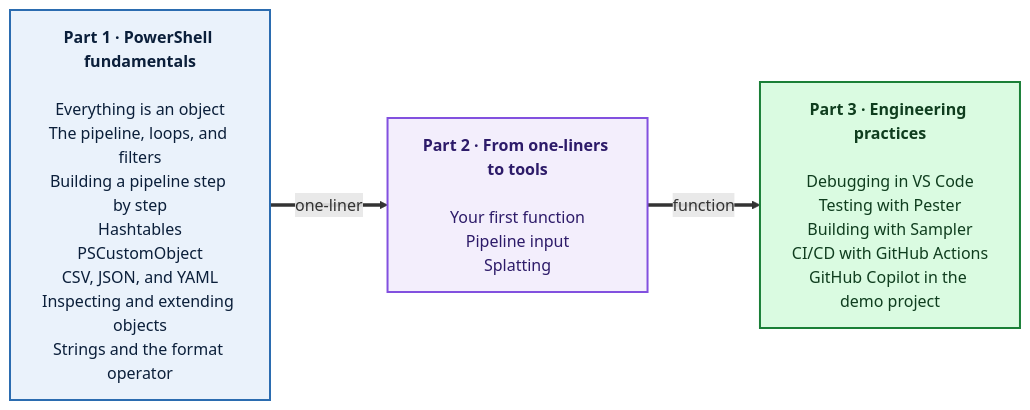
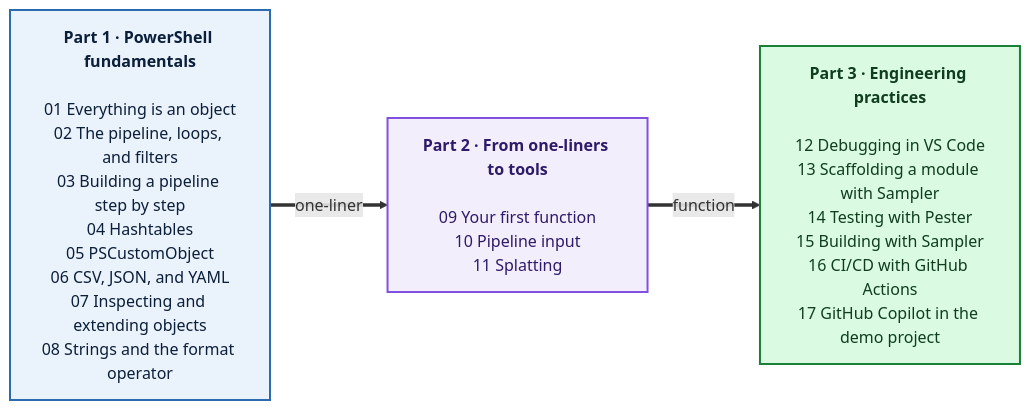
One commit to raandree/261116PowerShellGhcpWorkshop changed the diagram in assets/diagrams/workshop-journey.mmd. Above: the diagram before and after it, drawn with Mermaid. The commit also changed 37 other files, not shown here.

```diff
--- a/assets/diagrams/workshop-journey.mmd
+++ b/assets/diagrams/workshop-journey.mmd
@@ -1,15 +1,15 @@
 flowchart LR
-    P1["<b>Part 1 · PowerShell fundamentals</b><br/><br/>Everything is an object<br/>The pipeline, loops, and filters<br/>Building a pipeline step by step<br/>Hashtables<br/>PSCustomObject<br/>CSV, JSON, and YAML<br/>Inspecting and extending objects<br/>Strings and the format operator"]
-    P2["<b>Part 2 · From one-liners to tools</b><br/><br/>Your first function<br/>Pipeline input<br/>Splatting"]
-    P3["<b>Part 3 · Engineering practices</b><br/><br/>Debugging in VS Code<br/>Testing with Pester<br/>Building with Sampler<br/>CI/CD with GitHub Actions<br/>GitHub Copilot in the demo project"]
+    P1["<b>Part 1 · PowerShell fundamentals</b><br/><br/>01 Everything is an object<br/>02 The pipeline, loops, and filters<br/>03 Building a pipeline step by step<br/>04 Hashtables<br/>05 PSCustomObject<br/>06 CSV, JSON, and YAML<br/>07 Inspecting and extending objects<br/>08 Strings and the format operator"]
+    P2["<b>Part 2 · From one-liners to tools</b><br/><br/>09 Your first function<br/>10 Pipeline input<br/>11 Splatting"]
+    P3["<b>Part 3 · Engineering practices</b><br/><br/>12 Debugging in VS Code<br/>13 Scaffolding a module with Sampler<br/>14 Testing with Pester<br/>15 Building with Sampler<br/>16 CI/CD with GitHub Actions<br/>17 GitHub Copilot in the demo project"]
 
     P1 ==>|"one-liner"| P2
     P2 ==>|"function"| P3
 
     classDef fundamentals fill:#EAF2FB,stroke:#2B6CB0,color:#0B1F3A,stroke-width:2px
     classDef tools fill:#F3EEFC,stroke:#8250DF,color:#2D1B69,stroke-width:2px
     classDef practices fill:#DAFBE1,stroke:#1A7F37,color:#0F3D1E,stroke-width:2px
 
     class P1 fundamentals
     class P2 tools
     class P3 practices
```
